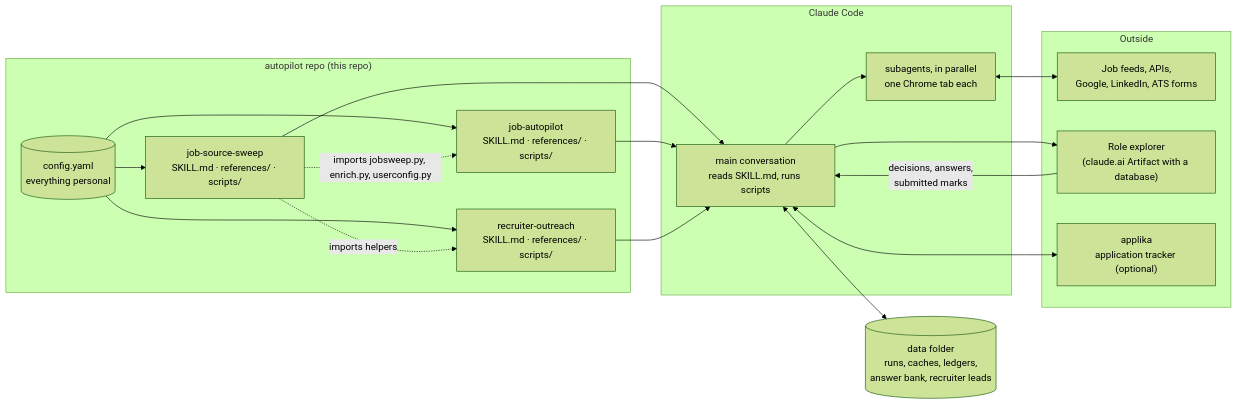
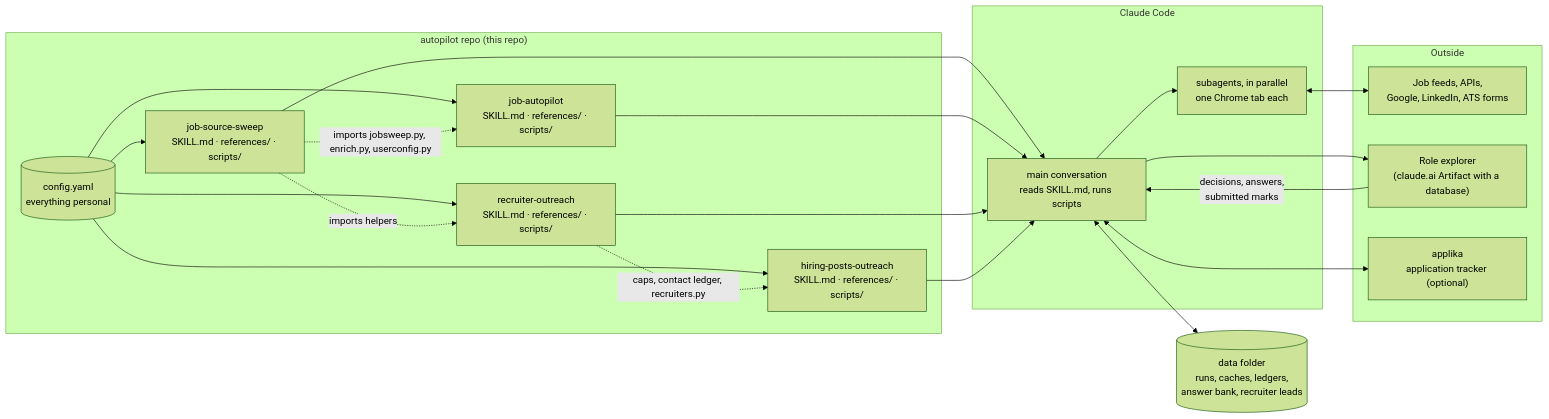
Before and after one commit to ruanchaves/autopilot: the first of 7 diagrams in README.md, drawn with Mermaid (forest theme). The commit also changed other lines of this file and 10 other files, not shown here.

````diff
--- a/README.md
+++ b/README.md
@@ -32,36 +33,40 @@
 ```mermaid
 flowchart LR
     subgraph repo["autopilot repo (this repo)"]
         cfg[("config.yaml<br/>everything personal")]
         sweep["job-source-sweep<br/>SKILL.md · references/ · scripts/"]
         ap["job-autopilot<br/>SKILL.md · references/ · scripts/"]
         rc["recruiter-outreach<br/>SKILL.md · references/ · scripts/"]
+        hp["hiring-posts-outreach<br/>SKILL.md · references/ · scripts/"]
     end
     cfg --> sweep
     cfg --> ap
     cfg --> rc
+    cfg --> hp
+    rc -. "caps, contact ledger, recruiters.py" .-> hp
     sweep -. "imports jobsweep.py, enrich.py, userconfig.py" .-> ap
     sweep -. "imports helpers" .-> rc
 
     subgraph cc["Claude Code"]
         main["main conversation<br/>reads SKILL.md, runs scripts"]
         subs["subagents, in parallel<br/>one Chrome tab each"]
     end
     sweep --> main
     ap --> main
     rc --> main
+    hp --> main
     main --> subs
 
     subgraph world["Outside"]
         web["Job feeds, APIs,<br/>Google, LinkedIn, ATS forms"]
         art["Role explorer<br/>(claude.ai Artifact with a database)"]
         applika["applika<br/>application tracker (optional)"]
     end
     subs <--> web
     main --> art
     art -- "decisions, answers,<br/>submitted marks" --> main
     main <--> applika
 
     home[("<home> data folder<br/>runs, caches, ledgers,<br/>answer bank, recruiter leads")]
     main <--> home
 ```
````
